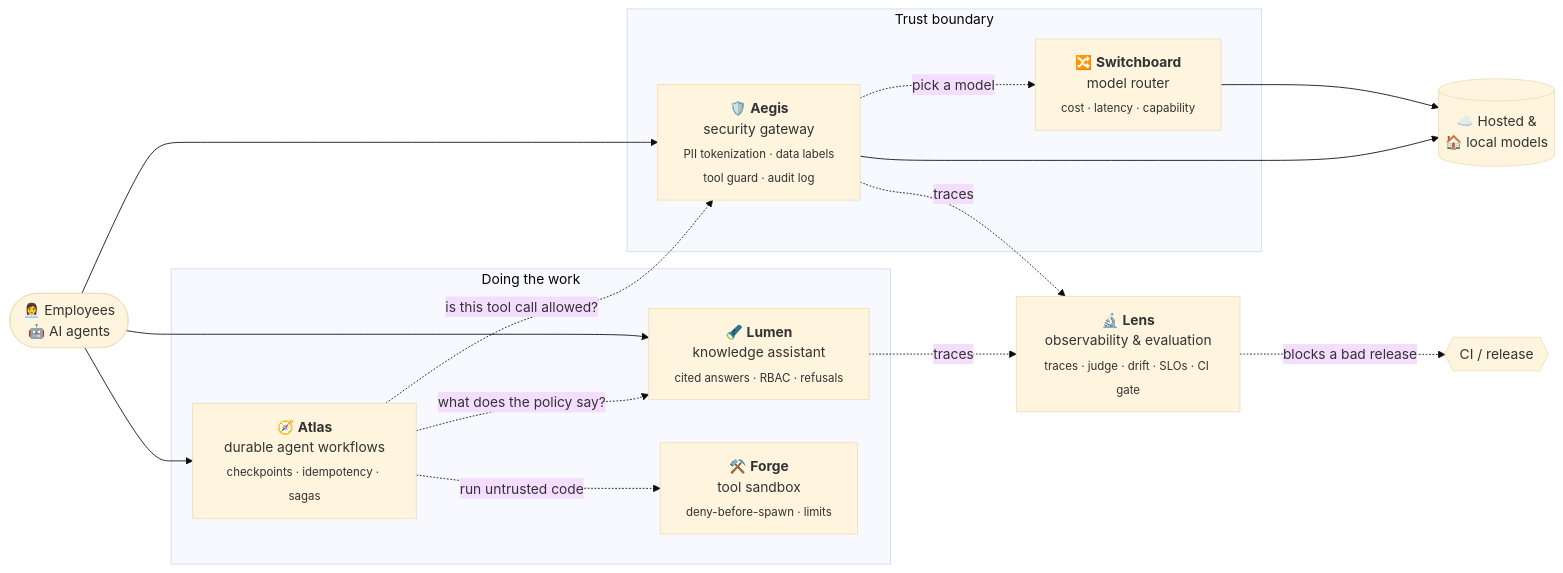
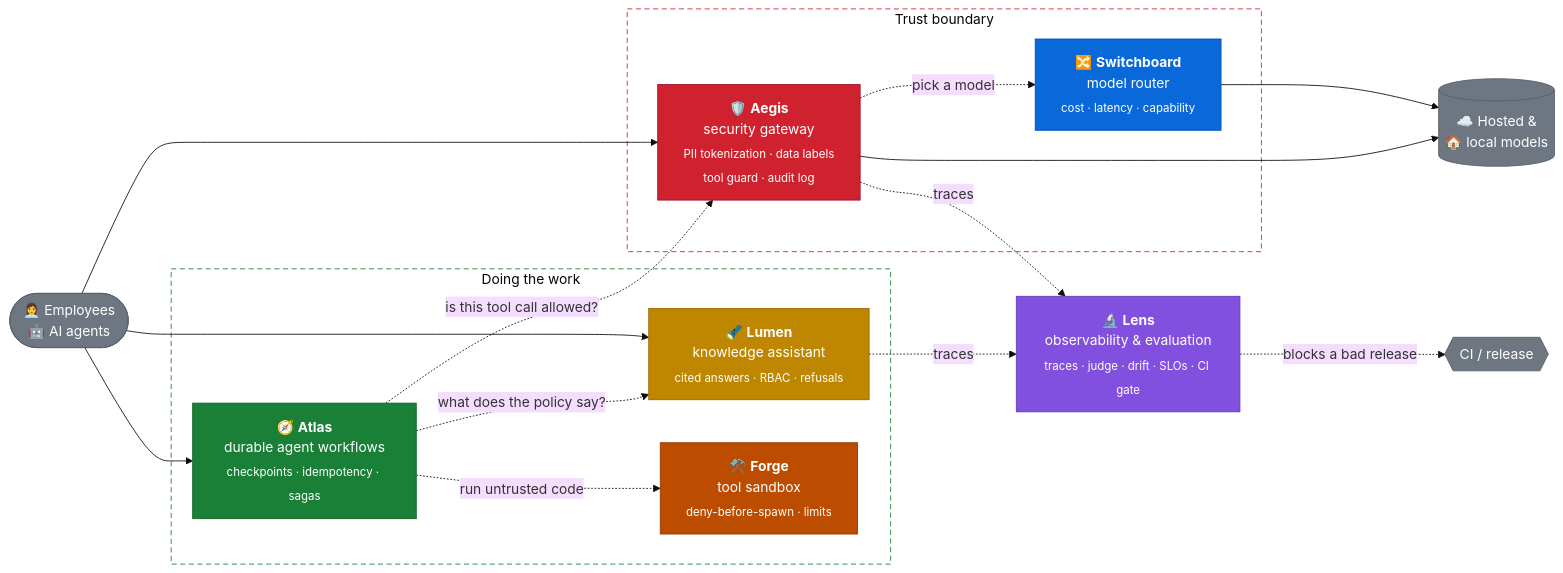
One commit to kumarlakshya24/enterprise-ai-platform changed the diagram in README.md. Above: the diagram before and after it, drawn with Mermaid (base theme). The commit also changed 6 other files, not shown here.

First line of the commit message:
docs: one colour per project across every architecture diagram

````diff
--- a/README.md
+++ b/README.md
@@ -47,28 +47,45 @@
 ```mermaid
 flowchart LR
   U(["👩‍💼 Employees<br/>🤖 AI agents"]) --> AEG
 
   subgraph EDGE["Trust boundary"]
     AEG["🛡️ <b>Aegis</b><br/>security gateway<br/><sub>PII tokenization · data labels<br/>tool guard · audit log</sub>"]
     SW["🔀 <b>Switchboard</b><br/>model router<br/><sub>cost · latency · capability</sub>"]
   end
 
   subgraph WORK["Doing the work"]
     LUM["🔦 <b>Lumen</b><br/>knowledge assistant<br/><sub>cited answers · RBAC · refusals</sub>"]
     ATL["🧭 <b>Atlas</b><br/>durable agent workflows<br/><sub>checkpoints · idempotency · sagas</sub>"]
     FRG["⚒️ <b>Forge</b><br/>tool sandbox<br/><sub>deny-before-spawn · limits</sub>"]
   end
 
   AEG -. "pick a model" .-> SW --> LLM[("☁️ Hosted &<br/>🏠 local models")]
   AEG --> LLM
   U --> LUM
   U --> ATL
   ATL -. "is this tool call allowed?" .-> AEG
   ATL -. "what does the policy say?" .-> LUM
   ATL -. "run untrusted code" .-> FRG
 
   LENS["🔬 <b>Lens</b><br/>observability & evaluation<br/><sub>traces · judge · drift · SLOs · CI gate</sub>"]
   AEG -. traces .-> LENS
   LUM -. traces .-> LENS
   LENS -. "blocks a bad release" .-> CI{{"CI / release"}}
+
+  classDef aegis fill:#cf222e,stroke:#a40e26,color:#fff
+  classDef switchboard fill:#0969da,stroke:#0550ae,color:#fff
+  classDef lumen fill:#bf8700,stroke:#9a6700,color:#fff
+  classDef atlas fill:#1a7f37,stroke:#116329,color:#fff
+  classDef forge fill:#bc4c00,stroke:#953800,color:#fff
+  classDef lens fill:#8250df,stroke:#6639ba,color:#fff
+  classDef neutral fill:#6e7781,stroke:#57606a,color:#fff
+  class AEG aegis
+  class SW switchboard
+  class LUM lumen
+  class ATL atlas
+  class FRG forge
+  class LENS lens
+  class U,LLM,CI neutral
+  style EDGE fill:transparent,stroke:#cf222e,stroke-dasharray:6 4
+  style WORK fill:transparent,stroke:#1a7f37,stroke-dasharray:6 4
 ```
````
